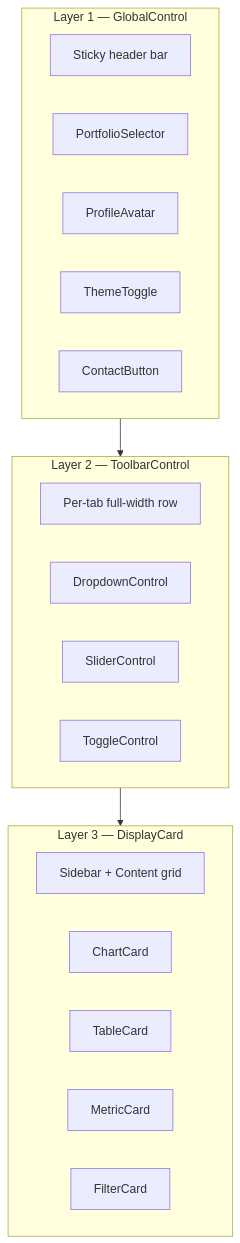
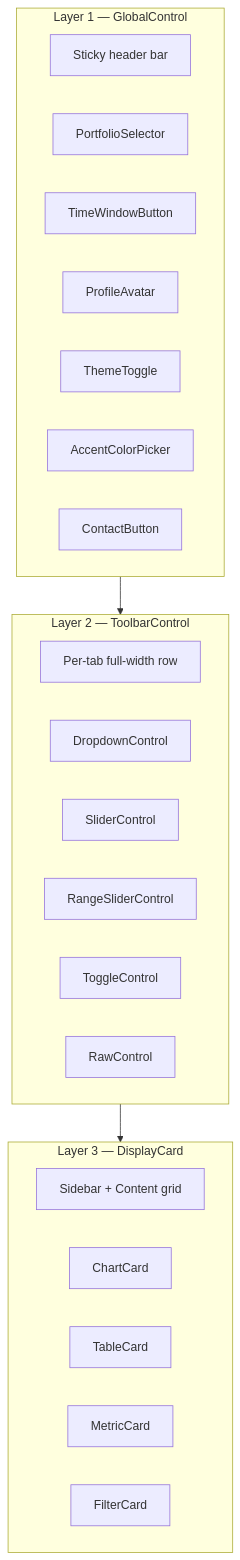
One commit to wwd1015/IRIS-D changed the diagram in docs/DEVELOPER_GUIDE.md. Above: the diagram before and after it, drawn with Mermaid. The commit also changed other lines of this file and 2 other files, not shown here.

````diff
--- a/docs/DEVELOPER_GUIDE.md
+++ b/docs/DEVELOPER_GUIDE.md
@@ -11,27 +11,31 @@
 ```mermaid
 graph TB
     subgraph "Layer 1 — GlobalControl"
         direction LR
         L1["Sticky header bar"]
         L1a["PortfolioSelector"]
-        L1b["ProfileAvatar"]
-        L1c["ThemeToggle"]
-        L1d["ContactButton"]
+        L1b["TimeWindowButton"]
+        L1c["ProfileAvatar"]
+        L1d["ThemeToggle"]
+        L1e["AccentColorPicker"]
+        L1f["ContactButton"]
     end
     subgraph "Layer 2 — ToolbarControl"
         direction LR
         L2["Per-tab full-width row"]
         L2a["DropdownControl"]
         L2b["SliderControl"]
-        L2c["ToggleControl"]
+        L2c["RangeSliderControl"]
+        L2d["ToggleControl"]
+        L2e["RawControl"]
     end
     subgraph "Layer 3 — DisplayCard"
         direction LR
         L3["Sidebar + Content grid"]
         L3a["ChartCard"]
         L3b["TableCard"]
         L3c["MetricCard"]
         L3d["FilterCard"]
     end
     L1 --> L2 --> L3
 ```
````
